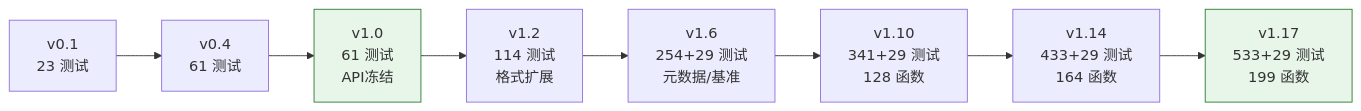
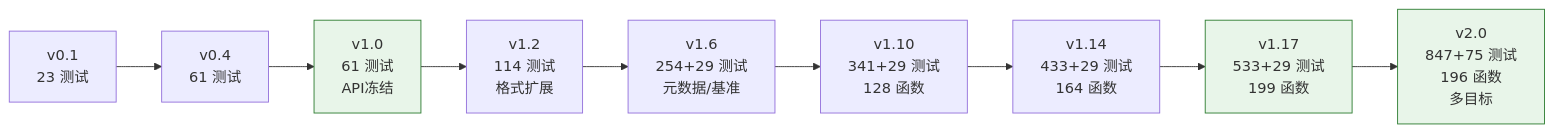
The second of 2 diagrams in docs/roadmap.md (toadium/stb-image), drawn with Mermaid before and after one commit. The commit also changed 4 other files, not shown here.

````diff
--- a/docs/roadmap.md
+++ b/docs/roadmap.md
@@ -48,13 +48,14 @@
 ```mermaid
 flowchart LR
     V01["v0.1<br/>23 测试"] --> V04["v0.4<br/>61 测试"]
     V04 --> V10["v1.0<br/>61 测试<br/>API冻结"]
     V10 --> V12["v1.2<br/>114 测试<br/>格式扩展"]
     V12 --> V16["v1.6<br/>254+29 测试<br/>元数据/基准"]
     V16 --> V110["v1.10<br/>341+29 测试<br/>128 函数"]
     V110 --> V114["v1.14<br/>433+29 测试<br/>164 函数"]
     V114 --> V117["v1.17<br/>533+29 测试<br/>199 函数"]
+    V117 --> V20["v2.0<br/>847+75 测试<br/>196 函数<br/>多目标"]
 
     classDef milestone fill:#e8f5e9,stroke:#2e7d32
-    class V10,V117 milestone
+    class V10,V117,V20 milestone
 ```
````
